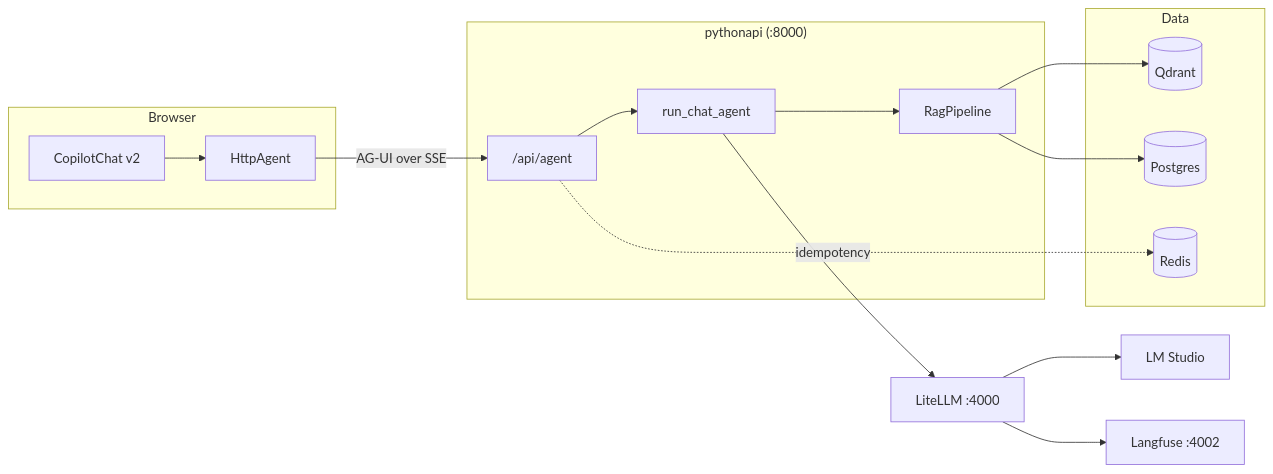
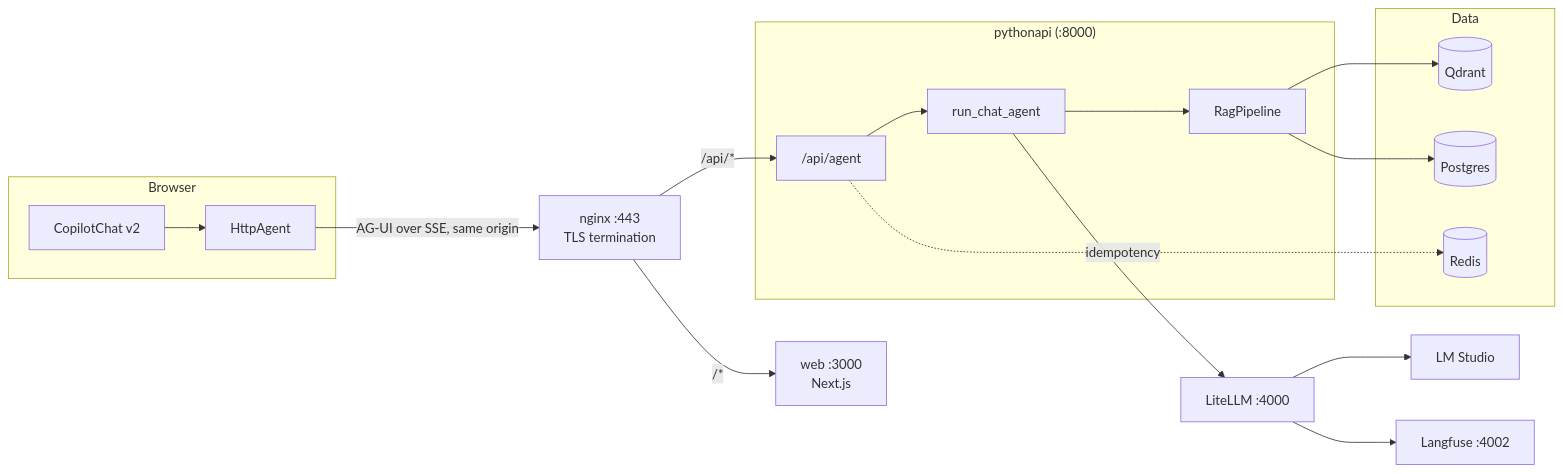
One commit to iknowcodesoup/copilot-agent-network changed the first of 2 diagrams in CLAUDE.md. Above: the diagram before and after it, drawn with Mermaid. The commit also changed other lines of this file and 24 other files, not shown here.

````diff
--- a/CLAUDE.md
+++ b/CLAUDE.md
@@ -59,31 +63,35 @@
 ```mermaid
 flowchart LR
     subgraph Browser
         UI[CopilotChat v2]
         AGENT[HttpAgent]
     end
+    NGINX["nginx :443<br/>TLS termination"]
     subgraph FastAPI["pythonapi (:8000)"]
         ROUTE["/api/agent"]
         CHAT[run_chat_agent]
         RAG[RagPipeline]
     end
+    NEXT["web :3000<br/>Next.js"]
     subgraph Data
         QD[(Qdrant)]
         PG[(Postgres)]
         RD[(Redis)]
     end
     LLM[LiteLLM :4000]
     LMS[LM Studio]
     LF[Langfuse :4002]
 
     UI --> AGENT
-    AGENT -->|AG-UI over SSE| ROUTE
+    AGENT -->|AG-UI over SSE, same origin| NGINX
+    NGINX -->|"/api/*"| ROUTE
+    NGINX -->|"/*"| NEXT
     ROUTE --> CHAT
     CHAT --> RAG
     RAG --> QD
     RAG --> PG
     CHAT --> LLM
     LLM --> LMS
     LLM --> LF
     ROUTE -.idempotency.-> RD
 ```
````
